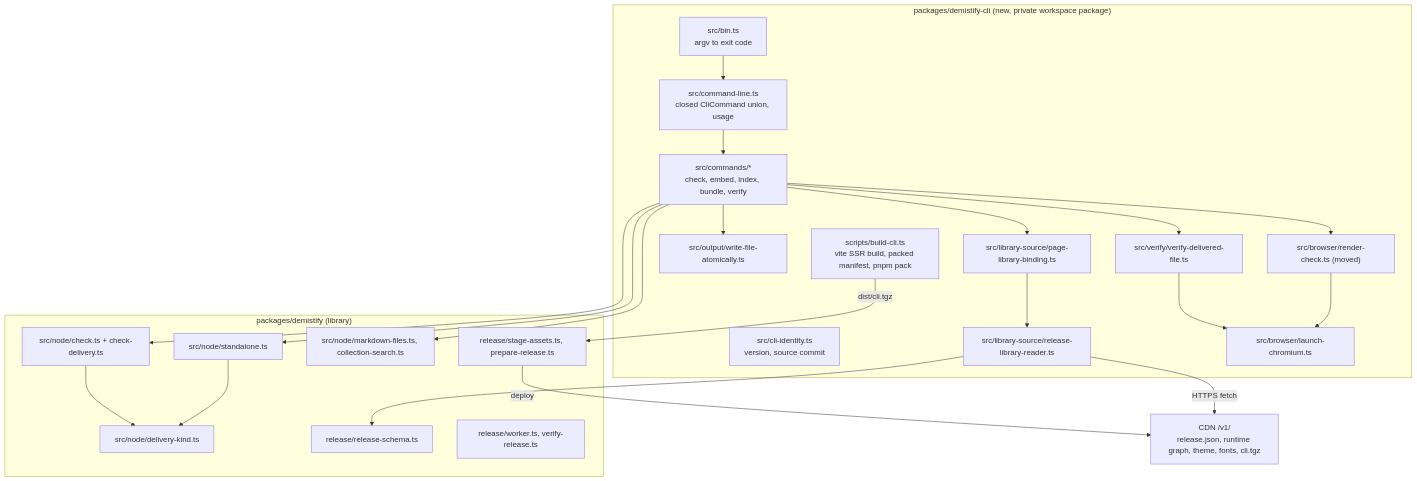
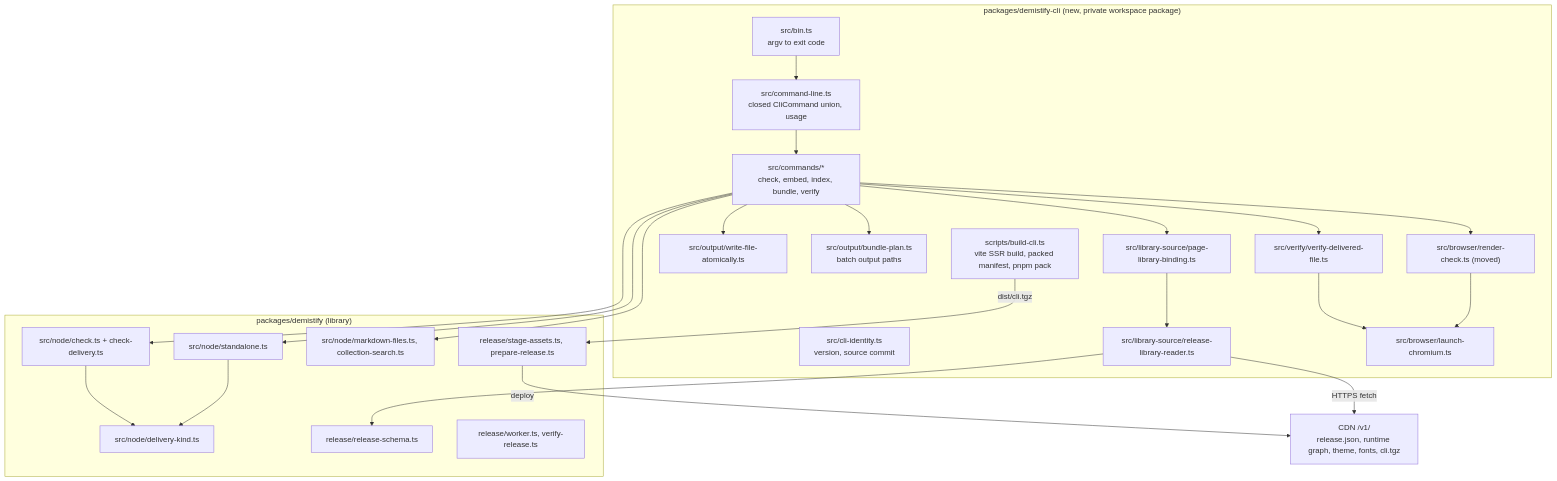
The first of 2 diagrams in docs/specs/2026-10-28-demistify-standalone-delivery/program-design.md (ShravanSunder/sunstack-tools), drawn with Mermaid before and after one commit. The commit also changed other lines of this file and 3 other files, not shown here.

````diff
--- a/docs/specs/2026-10-28-demistify-standalone-delivery/program-design.md
+++ b/docs/specs/2026-10-28-demistify-standalone-delivery/program-design.md
@@ -7,37 +7,39 @@
 ```mermaid
 flowchart TB
   subgraph cliPkg["packages/demistify-cli (new, private workspace package)"]
     bin["src/bin.ts<br/>argv to exit code"]
     commandLine["src/command-line.ts<br/>closed CliCommand union, usage"]
     commands["src/commands/*<br/>check, embed, index, bundle, verify"]
     identity["src/cli-identity.ts<br/>version, source commit"]
     binding["src/library-source/page-library-binding.ts"]
     releaseReader["src/library-source/release-library-reader.ts"]
     chromium["src/browser/launch-chromium.ts"]
     renderCheck["src/browser/render-check.ts (moved)"]
     verifyFile["src/verify/verify-delivered-file.ts"]
     atomic["src/output/write-file-atomically.ts"]
+    plan["src/output/bundle-plan.ts<br/>batch output paths"]
     buildCli["scripts/build-cli.ts<br/>vite SSR build, packed manifest, pnpm pack"]
   end
   subgraph libPkg["packages/demistify (library)"]
     check["src/node/check.ts + check-delivery.ts"]
     delivery["src/node/delivery-kind.ts"]
     standalone["src/node/standalone.ts"]
     md["src/node/markdown-files.ts, collection-search.ts"]
     schema["release/release-schema.ts"]
     stage["release/stage-assets.ts, prepare-release.ts"]
     worker["release/worker.ts, verify-release.ts"]
   end
   cdn["CDN /v1/<br/>release.json, runtime graph, theme, fonts, cli.tgz"]
   bin --> commandLine --> commands
   commands --> check & md & standalone
   commands --> binding --> releaseReader
   releaseReader --> schema
   releaseReader -->|"HTTPS fetch"| cdn
   commands --> verifyFile --> chromium
   commands --> renderCheck --> chromium
+  commands --> plan
   commands --> atomic
   check --> delivery
   standalone --> delivery
   buildCli -->|"dist/cli.tgz"| stage -->|"deploy"| cdn
 ```
````
